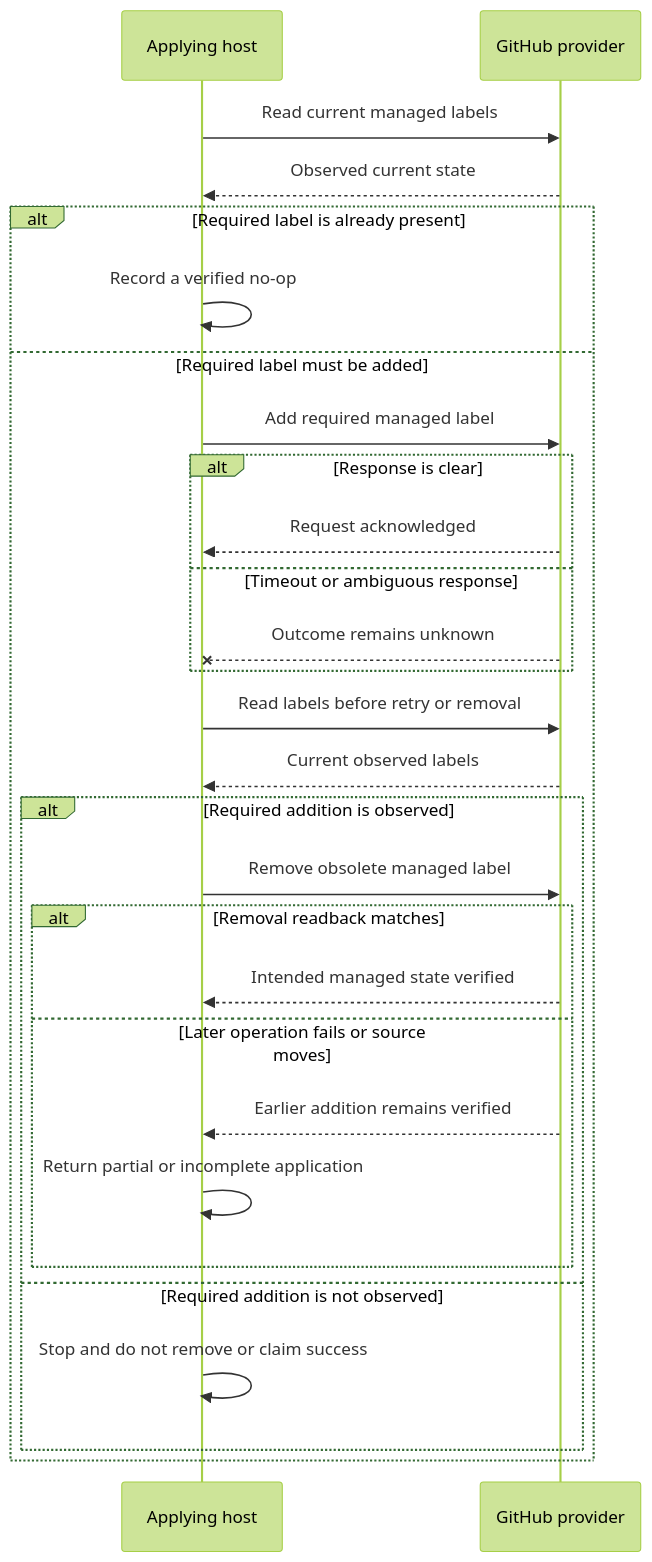
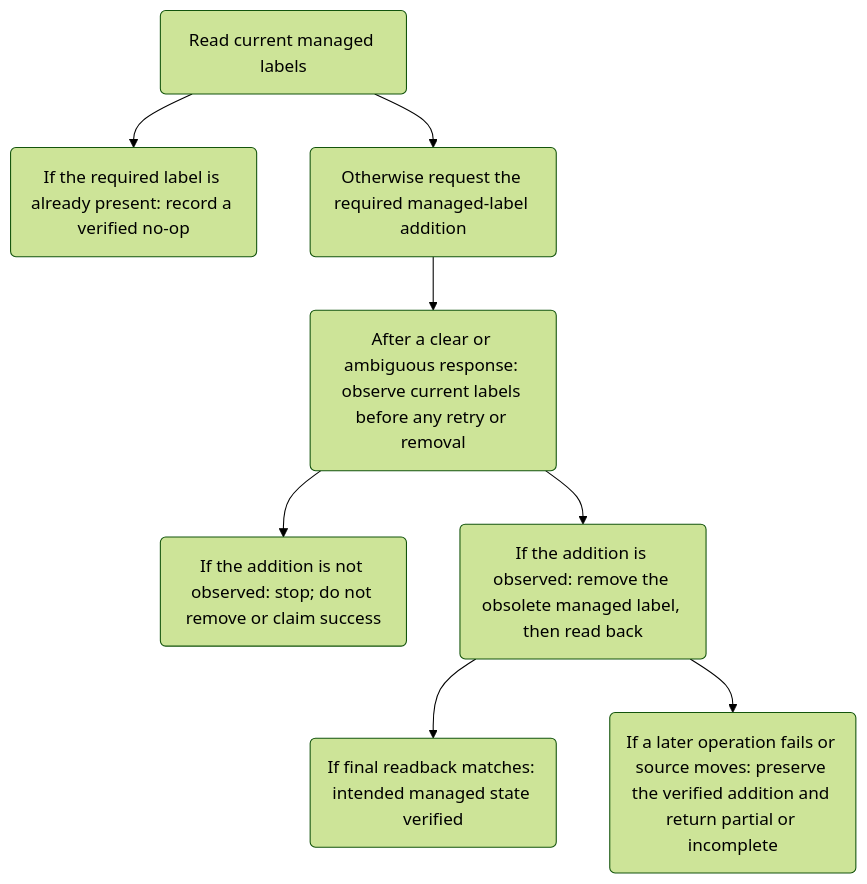
The diagram in docs/manual/assets/visuals/provider-readback.mmd (Wolfsblvt/diffdevil), drawn with Mermaid (forest theme) before and after one commit. The commit also changed 1 other file, not shown here.

```diff
--- a/docs/manual/assets/visuals/provider-readback.mmd
+++ b/docs/manual/assets/visuals/provider-readback.mmd
@@ -1,35 +1,20 @@
-sequenceDiagram
+flowchart TB
     accTitle: Acknowledgment, provider readback, and partial recovery
-    accDescr: The applying host reads current managed labels, adds a required label when needed, and reads the provider state again before removing an obsolete managed label. An ambiguous response leads to observation rather than blind retry. Earlier verified work remains real when a later operation fails; the result is partial, not rolled back.
+    accDescr: The applying host reads current managed labels, records a verified no-op when the desired state already exists, and otherwise requests the required addition. A clear or ambiguous response is followed by provider observation before any retry or removal. Earlier verified work remains real when a later operation fails; the result is partial, not rolled back.
 
-    participant Host as Applying host
-    participant GitHub as GitHub provider
+    read("Read current managed labels"):::focus
+    noop("If the required label is already present: record a verified no-op"):::ok
+    request("Otherwise request the required managed-label addition")
+    observe("After a clear or ambiguous response: observe current labels before any retry or removal"):::focus
+    stop("If the addition is not observed: stop; do not remove or claim success"):::bad
+    remove("If the addition is observed: remove the obsolete managed label, then read back")
+    success("If final readback matches: intended managed state verified"):::ok
+    partial("If a later operation fails or source moves: preserve the verified addition and return partial or incomplete"):::bad
 
-    Host->>GitHub: Read current managed labels
-    GitHub-->>Host: Observed current state
-
-    alt Required label is already present
-        Host->>Host: Record a verified no-op
-    else Required label must be added
-        Host->>GitHub: Add required managed label
-        alt Response is clear
-            GitHub-->>Host: Request acknowledged
-        else Timeout or ambiguous response
-            GitHub--xHost: Outcome remains unknown
-        end
-
-        Host->>GitHub: Read labels before retry or removal
-        GitHub-->>Host: Current observed labels
-
-        alt Required addition is observed
-            Host->>GitHub: Remove obsolete managed label
-            alt Removal readback matches
-                GitHub-->>Host: Intended managed state verified
-            else Later operation fails or source moves
-                GitHub-->>Host: Earlier addition remains verified
-                Host->>Host: Return partial or incomplete application
-            end
-        else Required addition is not observed
-            Host->>Host: Stop and do not remove or claim success
-        end
-    end
+    read --> noop
+    read --> request
+    request --> observe
+    observe --> stop
+    observe --> remove
+    remove --> success
+    remove --> partial
```
